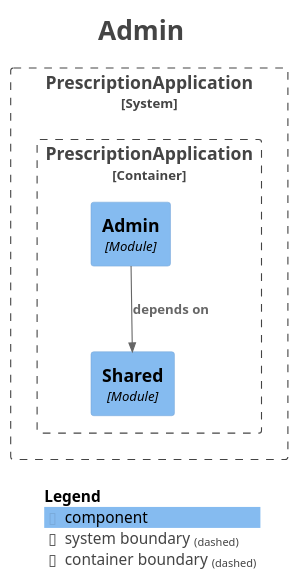
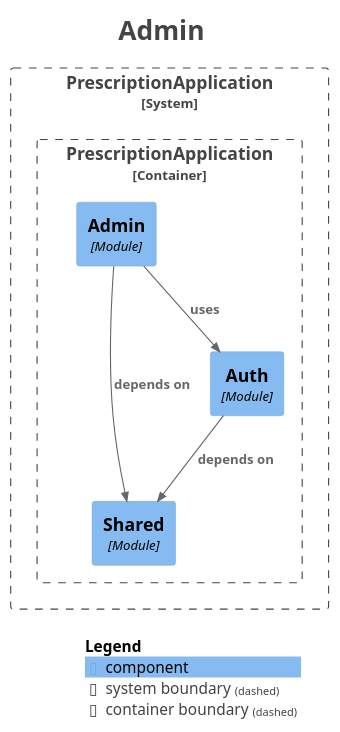
One commit to Losdreyfedus/doping-prescription changed the diagram in docs/moduller/module-admin.puml. Above: the diagram before and after it, drawn with PlantUML. The commit also changed 26 other files, not shown here.

```diff
--- a/docs/moduller/module-admin.puml
+++ b/docs/moduller/module-admin.puml
@@ -1,30 +1,33 @@
 @startuml
 title <size:24>Admin</size>
 
 set separator none
 top to bottom direction
 
 <style>
   root {
     BackgroundColor: #ffffff
     FontColor: #444444
   }
 </style>
 
 !include <C4/C4>
 !include <C4/C4_Context>
 !include <C4/C4_Component>
 
 System_Boundary("PrescriptionApplication_boundary", "PrescriptionApplication", $tags="") {
   Container_Boundary("PrescriptionApplication.PrescriptionApplication_boundary", "PrescriptionApplication", $tags="") {
+    Component(PrescriptionApplication.PrescriptionApplication.Admin, "Admin", $techn="Module", $descr="", $tags="", $link="")
     Component(PrescriptionApplication.PrescriptionApplication.Shared, "Shared", $techn="Module", $descr="", $tags="", $link="")
-    Component(PrescriptionApplication.PrescriptionApplication.Admin, "Admin", $techn="Module", $descr="", $tags="", $link="")
+    Component(PrescriptionApplication.PrescriptionApplication.Auth, "Auth", $techn="Module", $descr="", $tags="", $link="")
   }
 
 }
 
+Rel(PrescriptionApplication.PrescriptionApplication.Auth, PrescriptionApplication.PrescriptionApplication.Shared, "depends on", $techn="", $tags="", $link="")
 Rel(PrescriptionApplication.PrescriptionApplication.Admin, PrescriptionApplication.PrescriptionApplication.Shared, "depends on", $techn="", $tags="", $link="")
+Rel(PrescriptionApplication.PrescriptionApplication.Admin, PrescriptionApplication.PrescriptionApplication.Auth, "uses", $techn="", $tags="", $link="")
 
 SHOW_LEGEND(true)
 hide stereotypes
 @enduml
```
